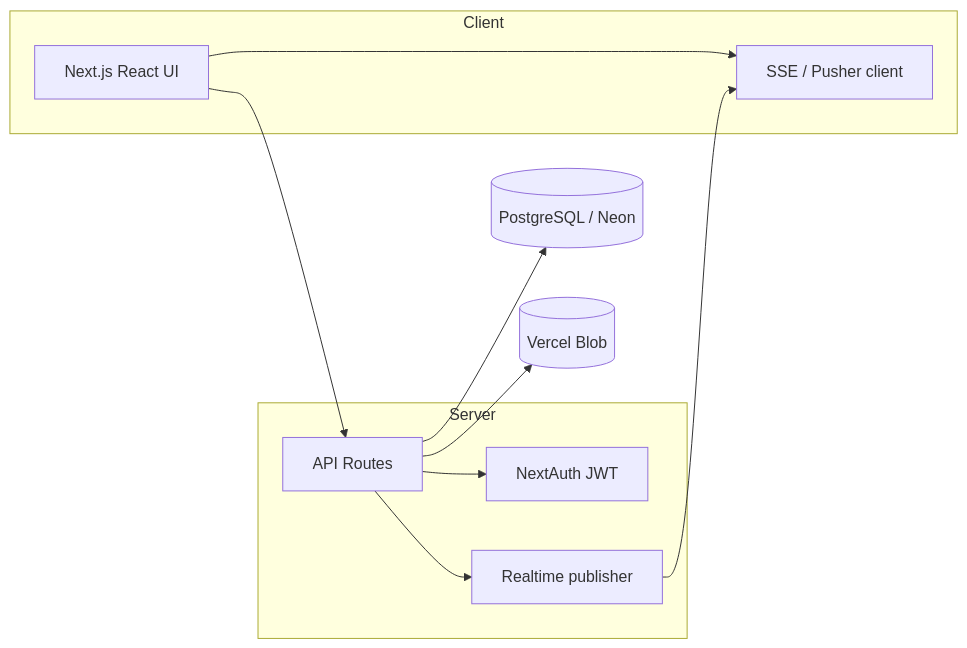
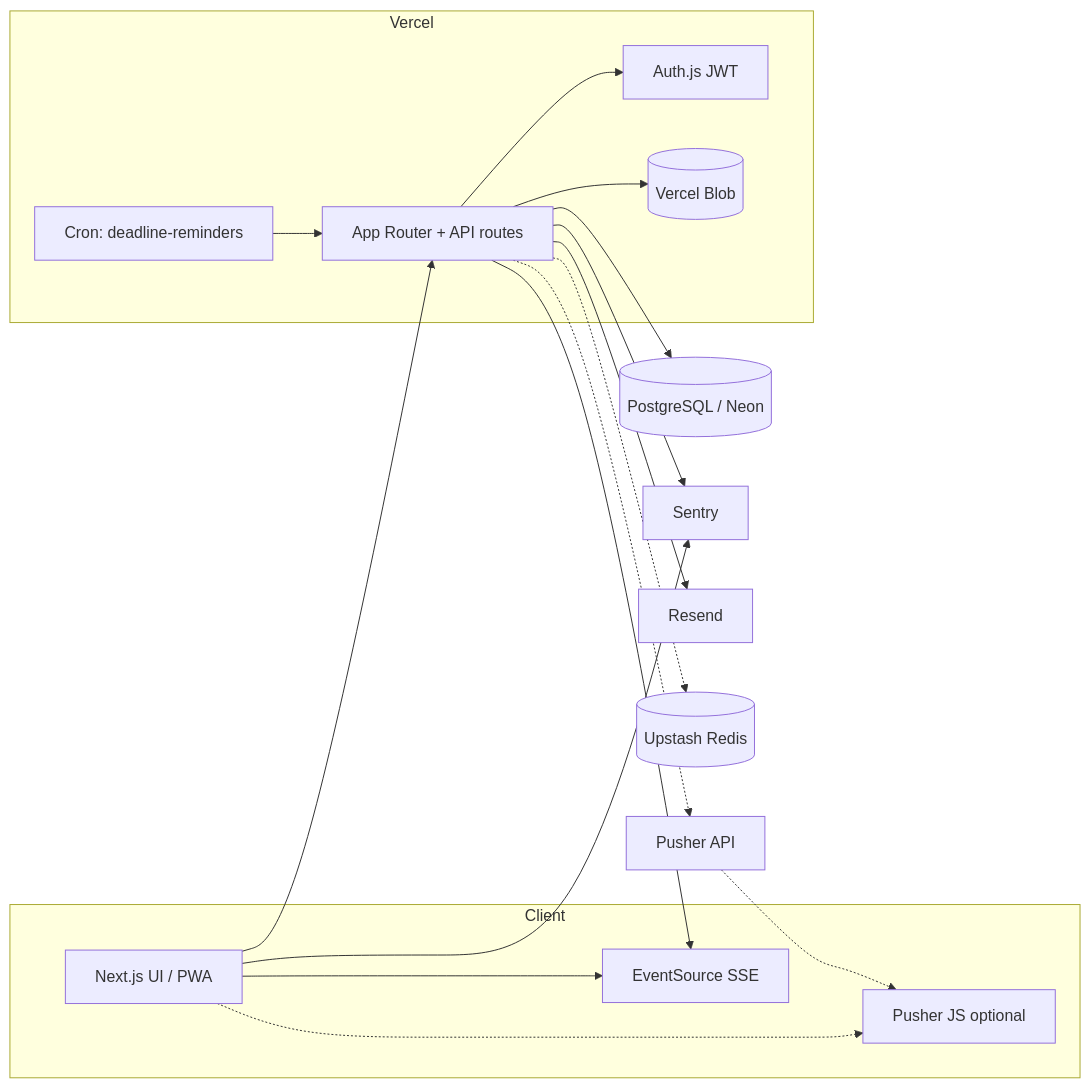
Before and after one commit to KariHoran/wishlist: the diagram in README.md, drawn with Mermaid. The commit also changed other lines of this file and 86 other files, not shown here.

````diff
--- a/README.md
+++ b/README.md
@@ -50,24 +84,36 @@
 ```mermaid
 flowchart LR
   subgraph Client
-    UI[Next.js React UI]
-    SSE[SSE / Pusher client]
+    UI[Next.js UI / PWA]
+    SSE[EventSource SSE]
+    PusherJS[Pusher JS optional]
   end
 
-  subgraph Server
-    API[API Routes]
-    Auth[NextAuth JWT]
-    RT[Realtime publisher]
+  subgraph Vercel["Vercel"]
+    API[App Router + API routes]
+    Auth[Auth.js JWT]
+    Cron[Cron: deadline-reminders]
+    Blob[(Vercel Blob)]
   end
 
   DB[(PostgreSQL / Neon)]
-  Blob[(Vercel Blob)]
+  Sentry[Sentry]
+  Resend[Resend]
+  Upstash[(Upstash Redis)]
+  PusherAPI[Pusher API]
 
   UI --> API
   UI --> SSE
+  UI -.-> PusherJS
   API --> Auth
   API --> DB
-  API --> RT
-  RT --> SSE
   API --> Blob
+  API --> SSE
+  API -.-> PusherAPI
+  PusherAPI -.-> PusherJS
+  Cron --> API
+  API --> Resend
+  API --> Sentry
+  UI --> Sentry
+  API -.-> Upstash
 ```
````
